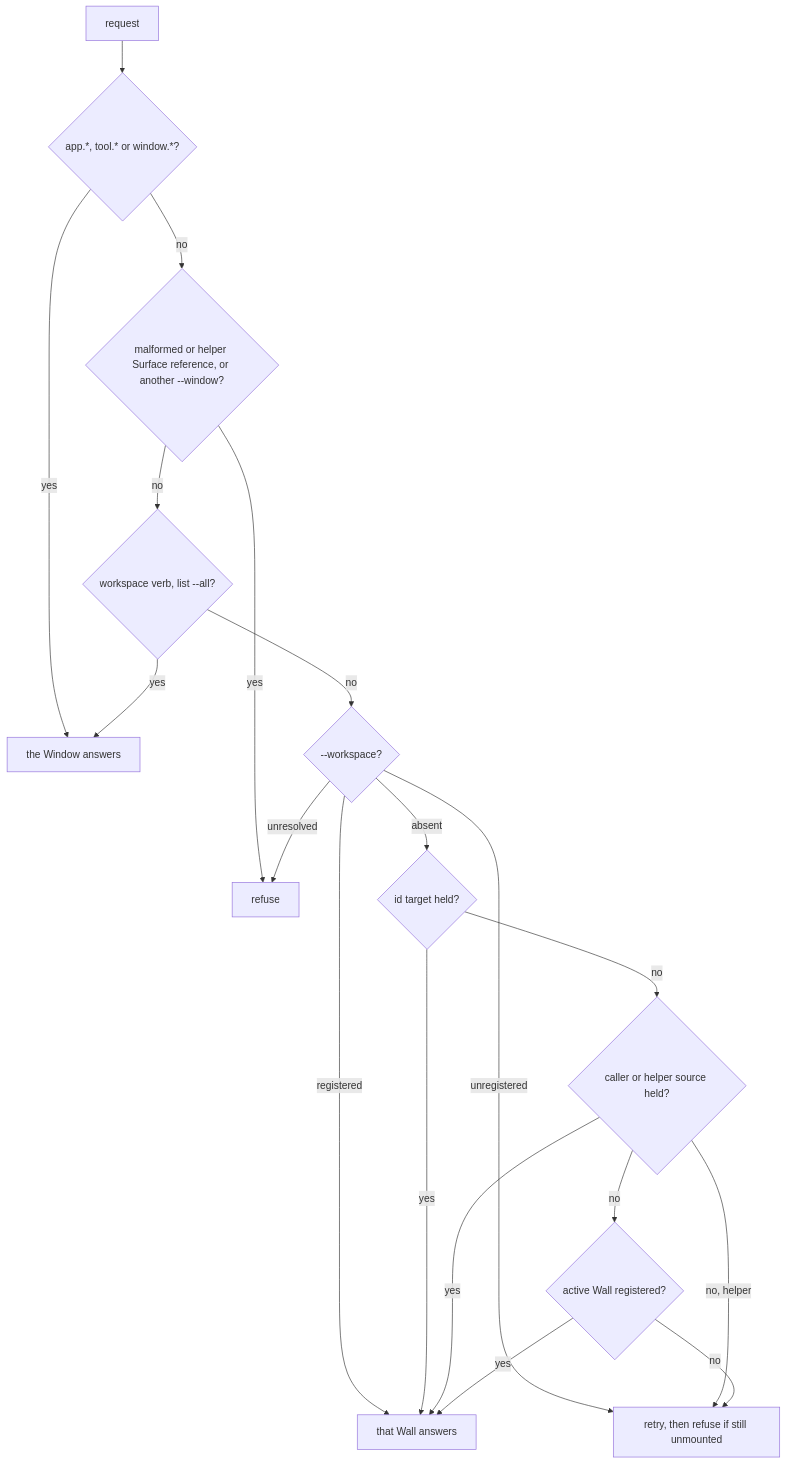
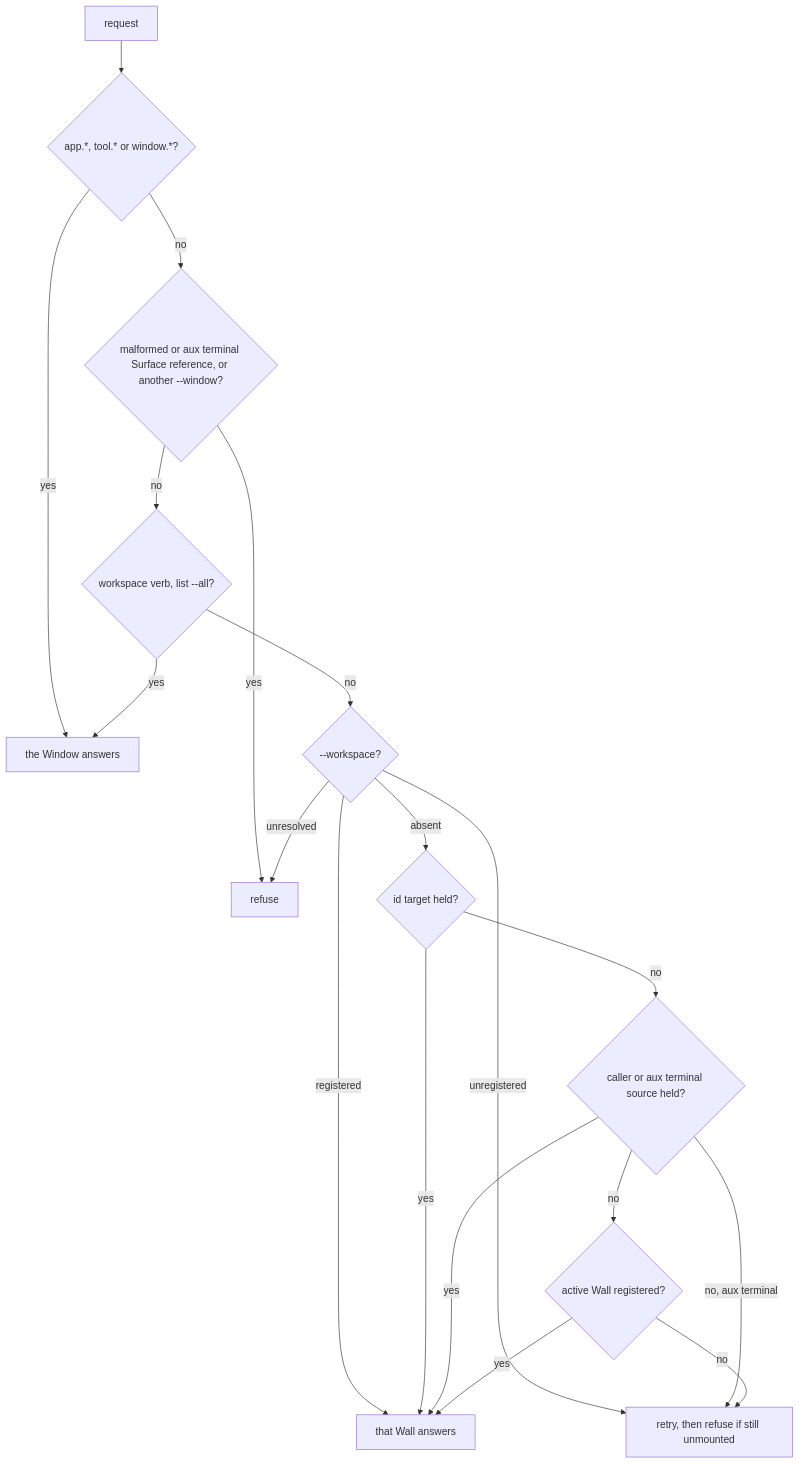
Before and after one commit to diffplug/dormouse: the second of 2 diagrams in docs/specs/dor-cli.md, drawn with Mermaid. The commit also changed other lines of this file and 135 other files, not shown here.

First line of the commit message:
Rename the helper terminal to the aux terminal

````diff
--- a/docs/specs/dor-cli.md
+++ b/docs/specs/dor-cli.md
@@ -151,21 +151,21 @@
 ```mermaid
 flowchart TD
   R[request] --> AT{app.*, tool.* or window.*?}
   AT -- yes --> WIN[the Window answers]
-  AT -- no --> BAD{malformed or helper Surface reference, or another --window?}
+  AT -- no --> BAD{malformed or aux terminal Surface reference, or another --window?}
   BAD -- yes --> REF[refuse]
   BAD -- no --> C{workspace verb, list --all?}
   C -- yes --> WIN
   C -- no --> WS{--workspace?}
   WS -- unresolved --> REF
   WS -- registered --> H[that Wall answers]
   WS -- unregistered --> P["retry, then refuse if still unmounted"]
   WS -- absent --> ST{id target held?}
   ST -- yes --> H
-  ST -- no --> CA{caller or helper source held?}
+  ST -- no --> CA{caller or aux terminal source held?}
   CA -- yes --> H
-  CA -- no, helper --> P
+  CA -- no, aux terminal --> P
   CA -- no --> AC{active Wall registered?}
   AC -- yes --> H
   AC -- no --> P
 ```
````
